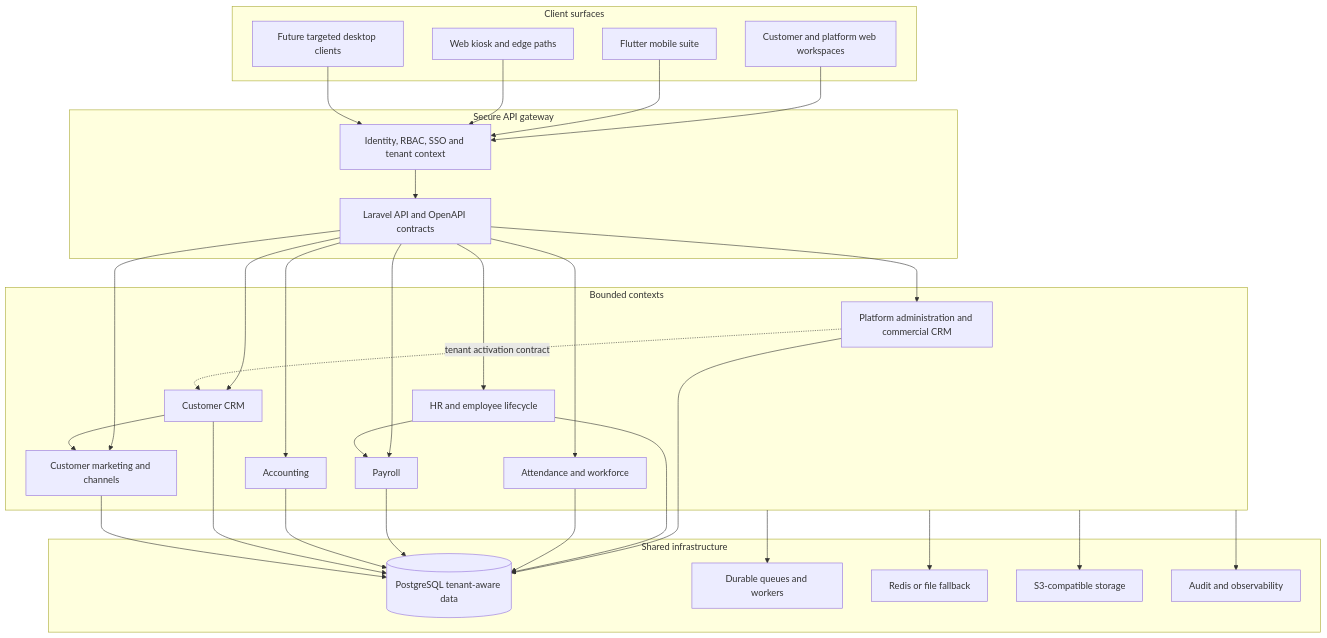
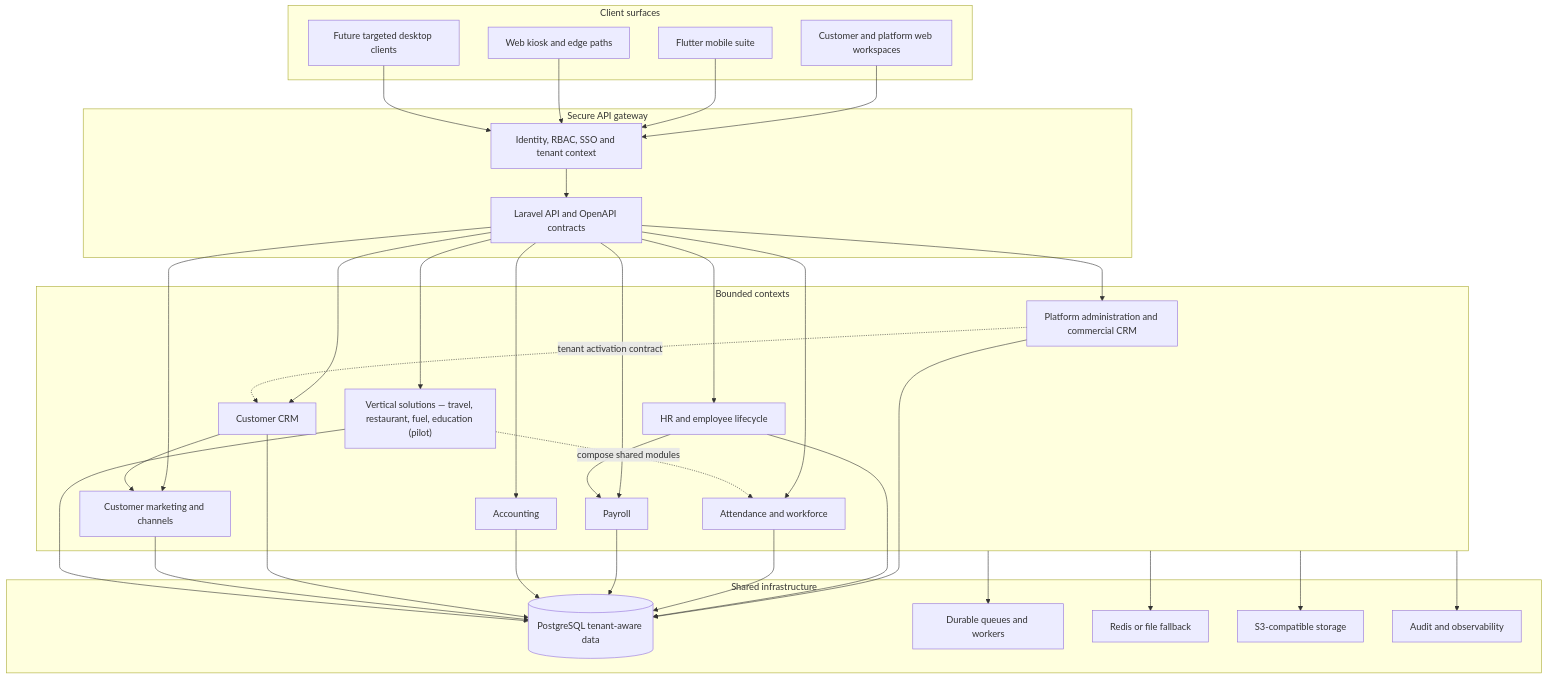
One commit to kitokoh/leopardo-hr changed the diagram in README.md. Above: the diagram before and after it, drawn with Mermaid. The commit also changed other lines of this file and 4 other files, not shown here.

````diff
--- a/README.md
+++ b/README.md
@@ -124,41 +145,43 @@
 ```mermaid
 graph TB
     subgraph Clients[Client surfaces]
         Web[Customer and platform web workspaces]
         Mobile[Flutter mobile suite]
         Kiosk[Web kiosk and edge paths]
         Desktop[Future targeted desktop clients]
     end
 
     subgraph Gateway[Secure API gateway]
         Auth[Identity, RBAC, SSO and tenant context]
         API[Laravel API and OpenAPI contracts]
     end
 
     subgraph Domains[Bounded contexts]
         Platform[Platform administration and commercial CRM]
         HR[HR and employee lifecycle]
         Workforce[Attendance and workforce]
         Payroll[Payroll]
         Accounting[Accounting]
         CRM[Customer CRM]
         Marketing[Customer marketing and channels]
+        Verticals["Vertical solutions — travel, restaurant, fuel, education (pilot)"]
     end
 
     subgraph Infrastructure[Shared infrastructure]
         DB[(PostgreSQL tenant-aware data)]
         Queue[Durable queues and workers]
         Cache[Redis or file fallback]
         Storage[S3-compatible storage]
         Audit[Audit and observability]
     end
 
     Web & Mobile & Kiosk & Desktop --> Auth
     Auth --> API
-    API --> Platform & HR & Workforce & Payroll & Accounting & CRM & Marketing
+    API --> Platform & HR & Workforce & Payroll & Accounting & CRM & Marketing & Verticals
     HR --> Payroll
     CRM --> Marketing
+    Verticals -. compose shared modules .-> Workforce
     Platform -. tenant activation contract .-> CRM
-    Platform & HR & Workforce & Payroll & Accounting & CRM & Marketing --> DB
+    Platform & HR & Workforce & Payroll & Accounting & CRM & Marketing & Verticals --> DB
     Domains --> Queue & Cache & Storage & Audit
 ```
````
